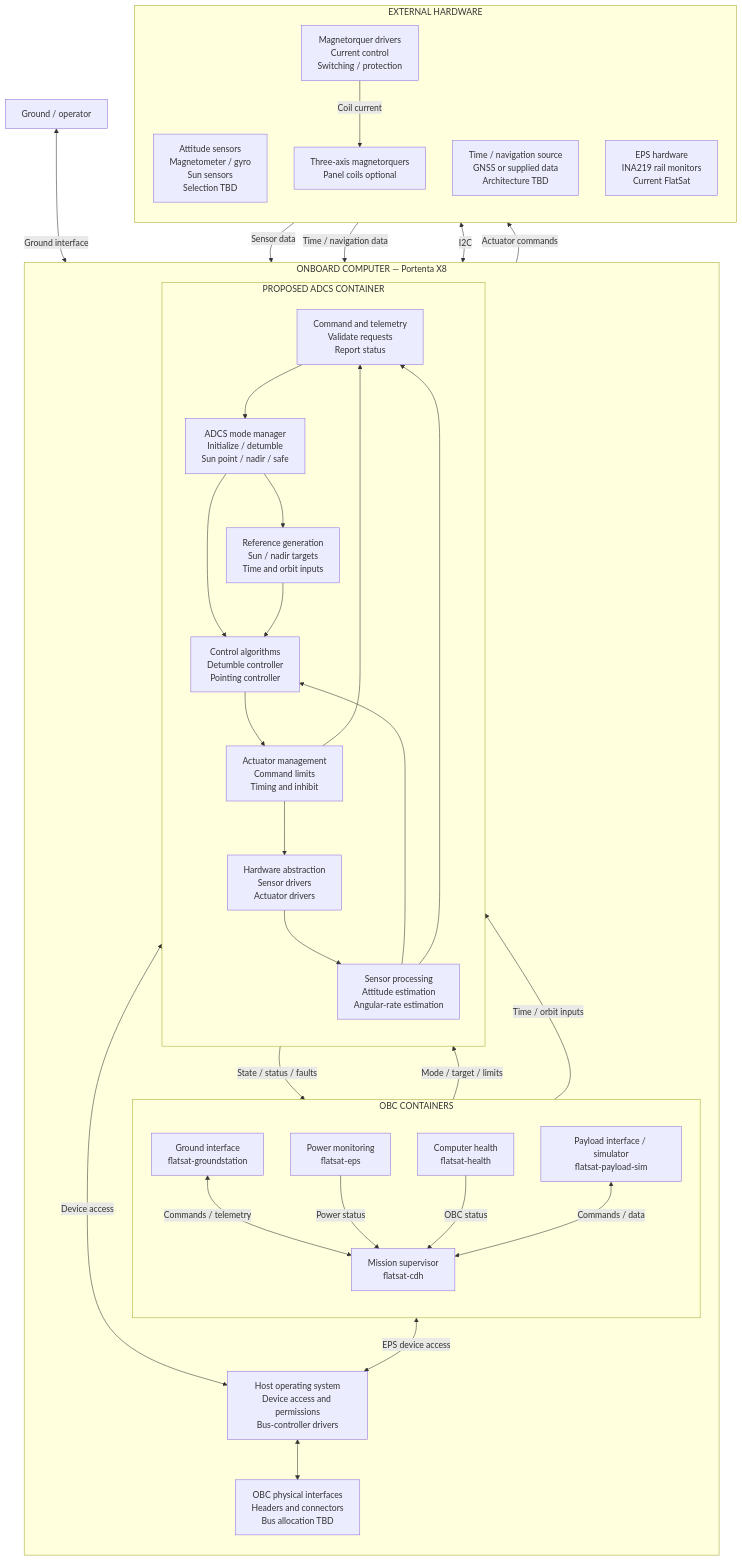
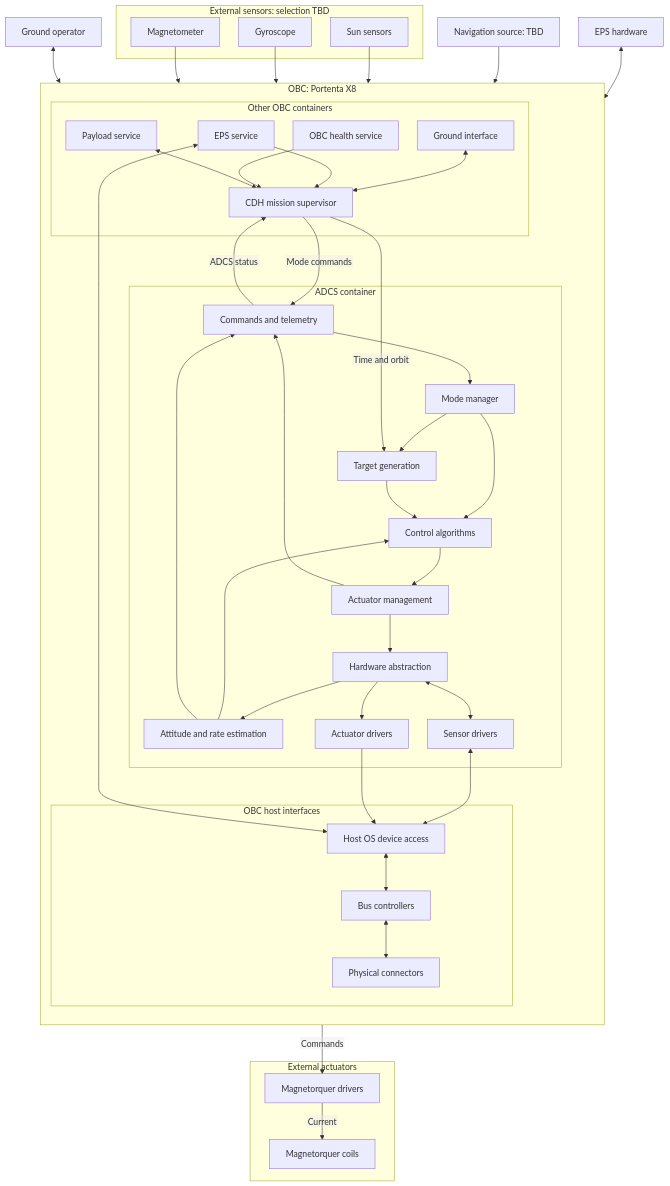
One commit to iancatizone/Sentinel-Bio-NOS3 changed the diagram in docs/architecture/ADCS_Architecture.md. Above: the diagram before and after it, drawn with Mermaid.

````diff
--- a/docs/architecture/ADCS_Architecture.md
+++ b/docs/architecture/ADCS_Architecture.md
@@ -1,35 +1,35 @@
 ```mermaid
+%%{init: {"flowchart": {"htmlLabels": false, "nodeSpacing": 35, "rankSpacing": 45}}}%%
 flowchart TB
-    GROUND["Ground / operator"]
 
-    subgraph OBC["ONBOARD COMPUTER — Portenta X8"]
+    GROUND["Ground operator"]
+
+    subgraph OBC["OBC: Portenta X8"]
         direction TB
 
-        subgraph SERVICES["OBC CONTAINERS"]
-            direction TB
+        subgraph SERVICES["Other OBC containers"]
+            GS["Ground interface"]
+            CDH["CDH mission supervisor"]
+            EPS["EPS service"]
+            HEALTH["OBC health service"]
+            PAYLOAD["Payload service"]
 
-            GS["Ground interface<br/>flatsat-groundstation"]
-            CDH["Mission supervisor<br/>flatsat-cdh"]
-            EPS["Power monitoring<br/>flatsat-eps"]
-            HEALTH["Computer health<br/>flatsat-health"]
-            PAYLOAD["Payload interface / simulator<br/>flatsat-payload-sim"]
-
-            GS <-->|Commands / telemetry| CDH
-            EPS -->|Power status| CDH
-            HEALTH -->|OBC status| CDH
-            PAYLOAD <-->|Commands / data| CDH
+            GS <--> CDH
+            EPS --> CDH
+            HEALTH --> CDH
+            PAYLOAD <--> CDH
         end
 
-        subgraph ADCS["PROPOSED ADCS CONTAINER"]
-            direction TB
-
-            CMD["Command and telemetry<br/>Validate requests<br/>Report status"]
-            MODE["ADCS mode manager<br/>Initialize / detumble<br/>Sun point / nadir / safe"]
-            REF["Reference generation<br/>Sun / nadir targets<br/>Time and orbit inputs"]
-            EST["Sensor processing<br/>Attitude estimation<br/>Angular-rate estimation"]
-            CTRL["Control algorithms<br/>Detumble controller<br/>Pointing controller"]
-            ACT["Actuator management<br/>Command limits<br/>Timing and inhibit"]
-            HAL["Hardware abstraction<br/>Sensor drivers<br/>Actuator drivers"]
+        subgraph ADCS["ADCS container"]
+            CMD["Commands and telemetry"]
+            MODE["Mode manager"]
+            REF["Target generation"]
+            EST["Attitude and rate estimation"]
+            CTRL["Control algorithms"]
+            ACT["Actuator management"]
+            HAL["Hardware abstraction"]
+            SD["Sensor drivers"]
+            AD["Actuator drivers"]
 
             CMD --> MODE
             MODE --> REF
@@ -39,42 +39,53 @@
             CTRL --> ACT
             ACT --> HAL
             HAL --> EST
+            HAL <--> SD
+            HAL --> AD
             EST --> CMD
             ACT --> CMD
         end
 
-        OS["Host operating system<br/>Device access and permissions<br/>Bus-controller drivers"]
+        subgraph HOST["OBC host interfaces"]
+            OS["Host OS device access"]
+            BUS["Bus controllers"]
+            PORTS["Physical connectors"]
 
-        PORTS["OBC physical interfaces<br/>Headers and connectors<br/>Bus allocation TBD"]
+            OS <--> BUS
+            BUS <--> PORTS
+        end
 
-        CDH -->|Mode / target / limits| CMD
-        CMD -->|State / status / faults| CDH
-        CDH -->|Time / orbit inputs| REF
+        CDH -->|Mode commands| CMD
+        CMD -->|ADCS status| CDH
+        CDH -->|Time and orbit| REF
 
-        HAL <-->|Device access| OS
-        EPS <-->|EPS device access| OS
-        OS <--> PORTS
+        SD <--> OS
+        AD --> OS
+        EPS <--> OS
     end
 
-    subgraph HARDWARE["EXTERNAL HARDWARE"]
-        direction TB
-
-        SENS["Attitude sensors<br/>Magnetometer / gyro<br/>Sun sensors<br/>Selection TBD"]
-
-        NAV["Time / navigation source<br/>GNSS or supplied data<br/>Architecture TBD"]
-
-        DRIVER["Magnetorquer drivers<br/>Current control<br/>Switching / protection"]
-
-        COILS["Three-axis magnetorquers<br/>Panel coils optional"]
-
-        EPSHW["EPS hardware<br/>INA219 rail monitors<br/>Current FlatSat"]
-
-        DRIVER -->|Coil current| COILS
+    subgraph SENSORS["External sensors: selection TBD"]
+        MAG["Magnetometer"]
+        GYRO["Gyroscope"]
+        SUN["Sun sensors"]
     end
 
-    GROUND <-->|Ground interface| GS
-    SENS -->|Sensor data| PORTS
-    NAV -->|Time / navigation data| PORTS
-    PORTS -->|Actuator commands| DRIVER
-    EPSHW <-->|I2C| PORTS
+    subgraph ACTUATORS["External actuators"]
+        DRIVER["Magnetorquer drivers"]
+        COILS["Magnetorquer coils"]
+
+        DRIVER -->|Current| COILS
+    end
+
+    NAV["Navigation source: TBD"]
+    EPSHW["EPS hardware"]
+
+    GROUND <--> GS
+
+    MAG --> PORTS
+    GYRO --> PORTS
+    SUN --> PORTS
+    NAV --> PORTS
+
+    PORTS -->|Commands| DRIVER
+    EPSHW <--> PORTS
 ```
````
